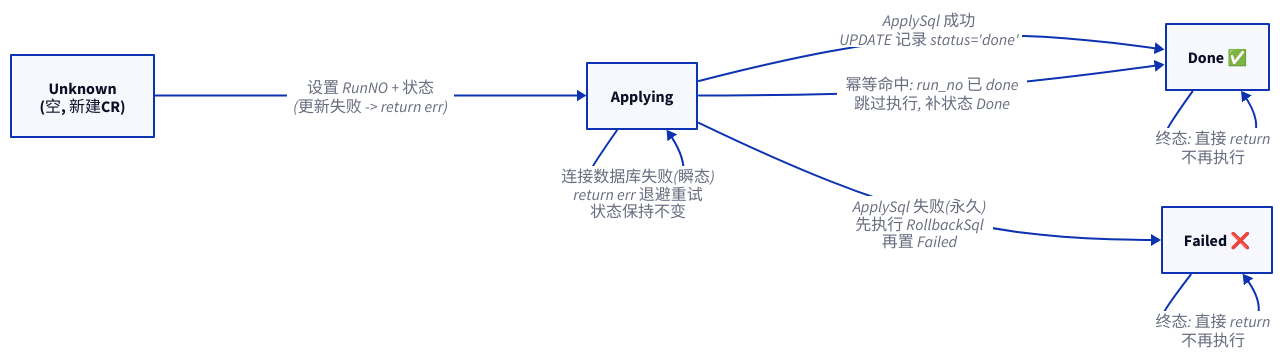
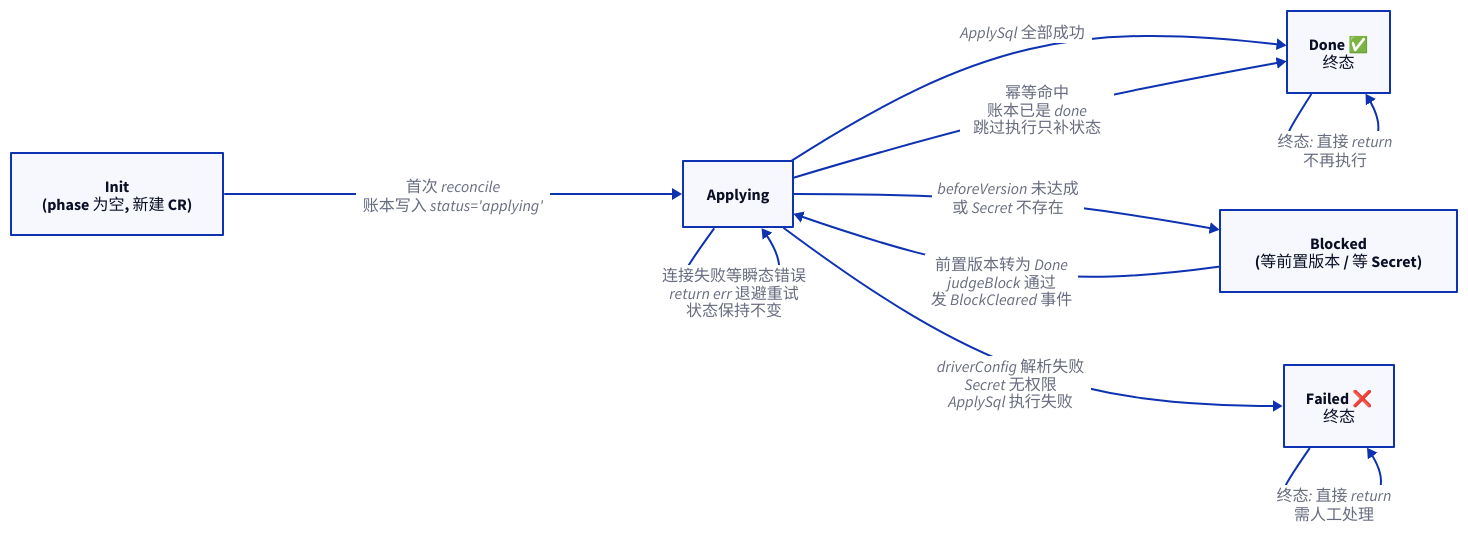
Before and after one commit to wwwdotsheng/db-migration-operator: the diagram in docs/schemamigration-state-machine.d2, drawn with D2. The commit also changed 7 other files, not shown here.

First line of the commit message:
docs: 重写 README 并更新状态机图

```diff
--- a/docs/schemamigration-state-machine.d2
+++ b/docs/schemamigration-state-machine.d2
@@ -1,27 +1,31 @@
 vars: {
   d2-config: {
     theme-id: 0
     layout-engine: dagre
   }
 }
 
 direction: right
 
-Unknown: "Unknown\n(空, 新建CR)"
+Init: "Init\n(phase 为空, 新建 CR)"
 Applying: "Applying"
-Done: "Done ✅"
-Failed: "Failed ❌"
+Blocked: "Blocked\n(等前置版本 / 等 Secret)"
+Done: "Done ✅\n终态"
+Failed: "Failed ❌\n终态"
 
-Unknown -> Applying: "设置 RunNO + 状态\n(更新失败 -> return err)"
+Init -> Applying: "首次 reconcile\n账本写入 status='applying'"
 
-Applying -> Applying: "连接数据库失败(瞬态)\nreturn err 退避重试\n状态保持不变"
+Applying -> Applying: "连接失败等瞬态错误\nreturn err 退避重试\n状态保持不变"
 
-Applying -> Done: "ApplySql 成功\nUPDATE 记录 status='done'"
+Applying -> Done: "ApplySql 全部成功"
 
-Applying -> Failed: "ApplySql 失败(永久)\n先执行 RollbackSql\n再置 Failed"
+Applying -> Done: "幂等命中\n账本已是 done\n跳过执行只补状态"
 
-Applying -> Done: "幂等命中: run_no 已 done\n跳过执行, 补状态 Done"
+Applying -> Blocked: "beforeVersion 未达成\n或 Secret 不存在"
+
+Blocked -> Applying: "前置版本转为 Done\njudgeBlock 通过\n发 BlockCleared 事件"
+
+Applying -> Failed: "driverConfig 解析失败\nSecret 无权限\nApplySql 执行失败"
 
 Done -> Done: "终态: 直接 return\n不再执行"
-
-Failed -> Failed: "终态: 直接 return\n不再执行"
+Failed -> Failed: "终态: 直接 return\n需人工处理"
```
